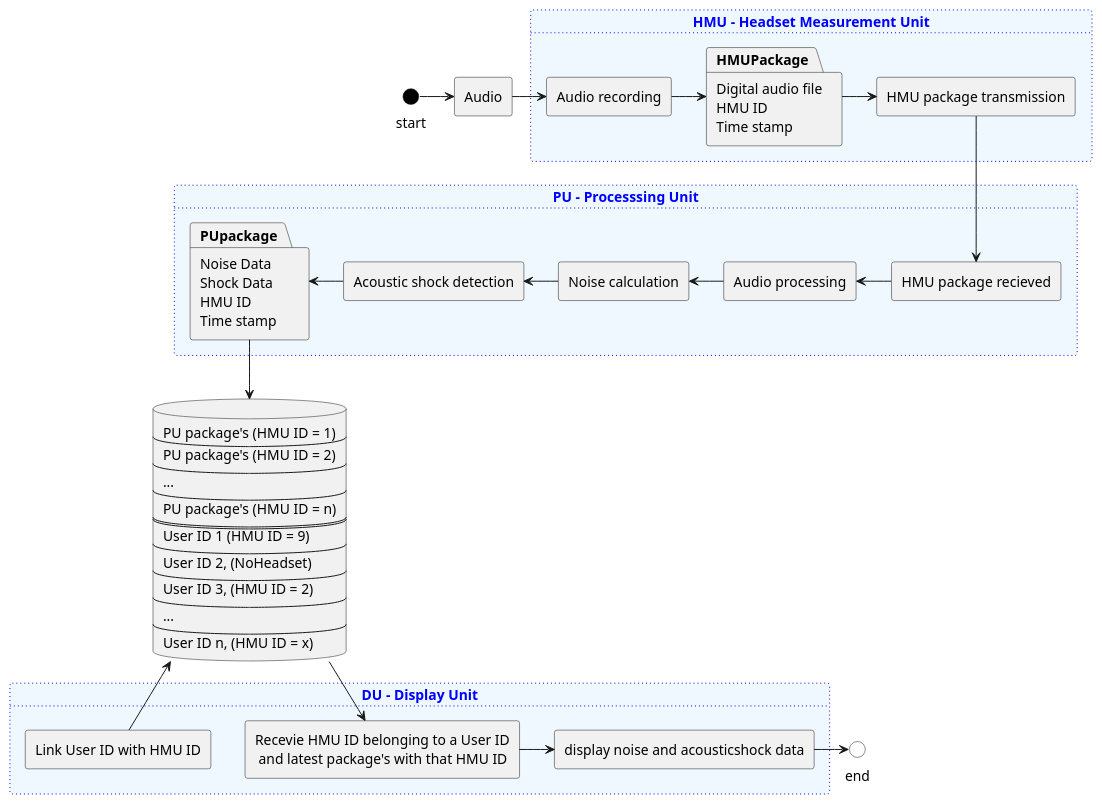
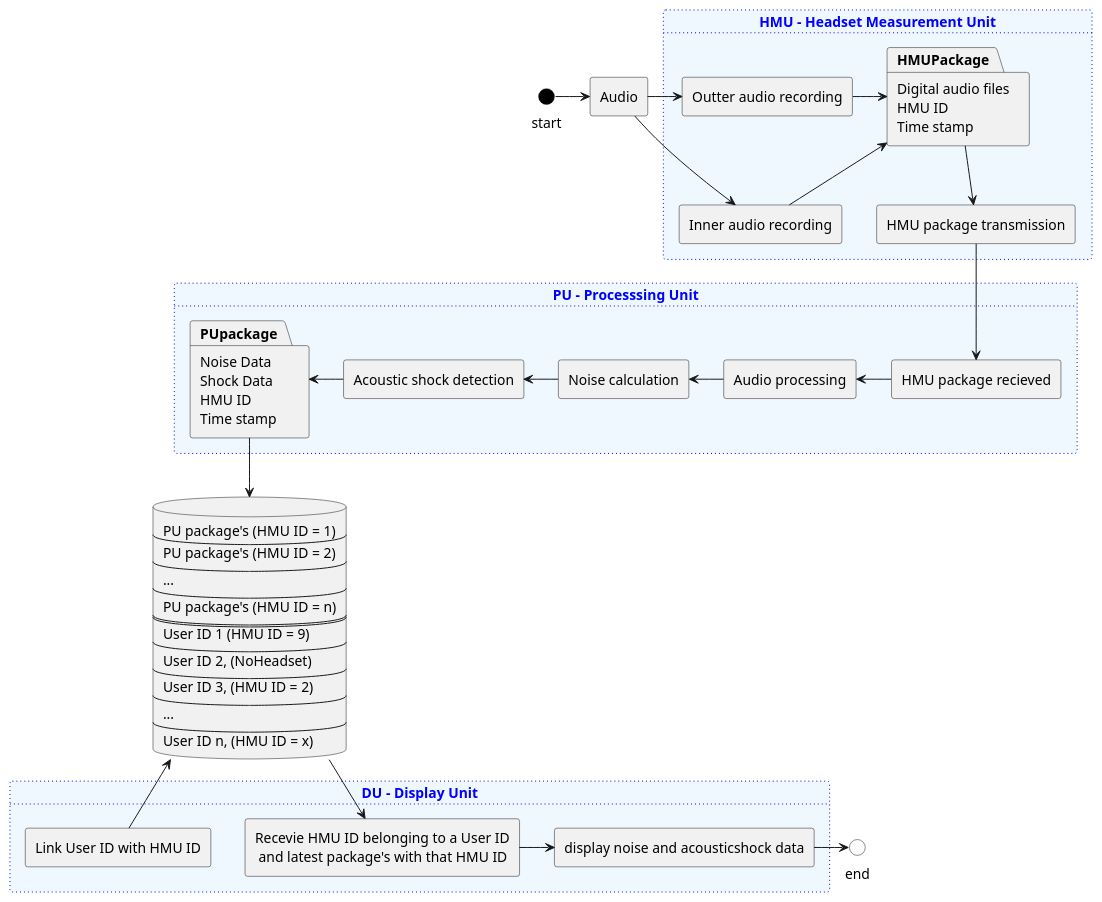
The diagram in System/DataFlowDiagram/DataFlowDiagram.puml (VilliamBo/Bachelor), drawn with PlantUML before and after one commit.

Commit message:
DataFlowDiagram_V2

```diff
--- a/System/DataFlowDiagram/DataFlowDiagram.puml
+++ b/System/DataFlowDiagram/DataFlowDiagram.puml
@@ -2,67 +2,70 @@
 @startuml dataFlowDiagram
 
    
       
     interface start #Black
     agent au as "Audio"
 
     card HMU as "HMU - Headset Measurement Unit" #aliceblue;line:blue;line.dotted;text:blue {
-        agent recau as "Audio recording"
-        package HMUPackage as "Digital audio file\nHMU ID\nTime stamp" 
+        agent InnerRecau as "Inner audio recording"
+        agent OutterRecau as "Outter audio recording"
+        package HMUPackage as "Digital audio files\nHMU ID\nTime stamp" 
         agent hmupacktrans as "HMU package transmission"
     }
 
     card PU as "PU - Processsing Unit" #aliceblue;line:blue;line.dotted;text:blue {
         agent hmupackrece as "HMU package recieved"
         agent auproc as "Audio processing" 
         agent noisemes as "Noise calculation"
         agent acshokdet as "Acoustic shock detection"
         package PUpackage as "Noise Data\nShock Data\nHMU ID\nTime stamp"
     }
 
     database DB as "
         PU package's (HMU ID = 1)
         ----
         PU package's (HMU ID = 2)
         ----
         ...
         ----
         PU package's (HMU ID = n)
         ====
         User ID 1 (HMU ID = 9)
         ----
         User ID 2, (NoHeadset)
         ----
         User ID 3, (HMU ID = 2)
         ---
         ...
         ---
         User ID n, (HMU ID = x)
         " 
     card DU as "DU - Display Unit" #aliceblue;line:blue;line.dotted;text:blue {
         agent recPUpack as "Recevie HMU ID belonging to a User ID\n and latest package's with that HMU ID"
         agent displayData as "display noise and acousticshock data"
             agent enableUser as "Link User ID with HMU ID"
 
     }
     interface end #white
 
     start -> au
-    au -> recau
-    recau -> HMUPackage
-    HMUPackage -> hmupacktrans
+    au -> OutterRecau
+    au --> InnerRecau
+    OutterRecau -> HMUPackage
+    HMUPackage <-- InnerRecau
+    HMUPackage --> hmupacktrans
     hmupacktrans --> hmupackrece
     auproc <- hmupackrece
     noisemes <- auproc
     acshokdet <- noisemes  
     PUpackage <- acshokdet
     PUpackage --> DB 
     DB -> recPUpack
     DB <-- enableUser
     recPUpack -> displayData
     displayData -> end
 
 
 
     
 @enduml
```
